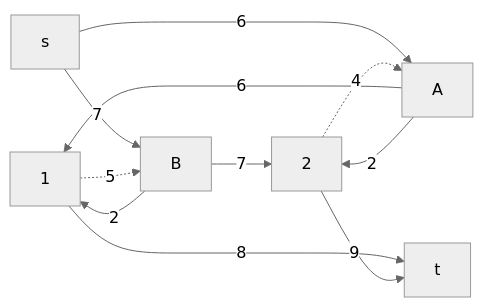
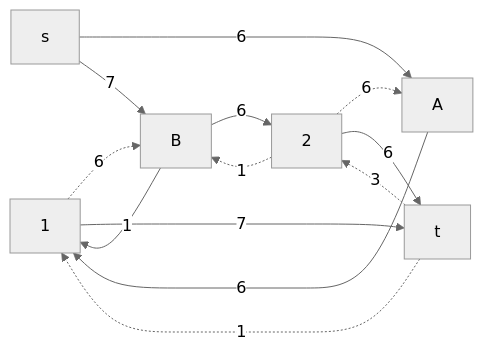
One commit to hse-algo-24-crow/manual-tasks-crow changed the fourth of 5 diagrams in task-14/python-gang.md. Above: the diagram before and after it, drawn with Mermaid (neutral theme). The commit also changed other lines of this file, not shown here.

````diff
--- a/task-14/python-gang.md
+++ b/task-14/python-gang.md
@@ -93,17 +95,19 @@
 ```mermaid
 graph LR
     s-->|6|A
     s-->|7|B
 
+ 
     A-->|6|1
+    2-.->|6|A
 
-    A-->|2|2
-    2-.->|4|A
-    B-->|2|1
-    1-.->|5|B
-    B-->|7|2
+    B-->|1|1
+    1-.->|6|B
+    2-.->|1|B
+    B-->|6|2
 
-
-    1-->|8|t
-    2-->|9|t
+    1-->|7|t
+    t-.->|1|1
+    2-->|6|t
+    t-.->|3|2
 ```
````
